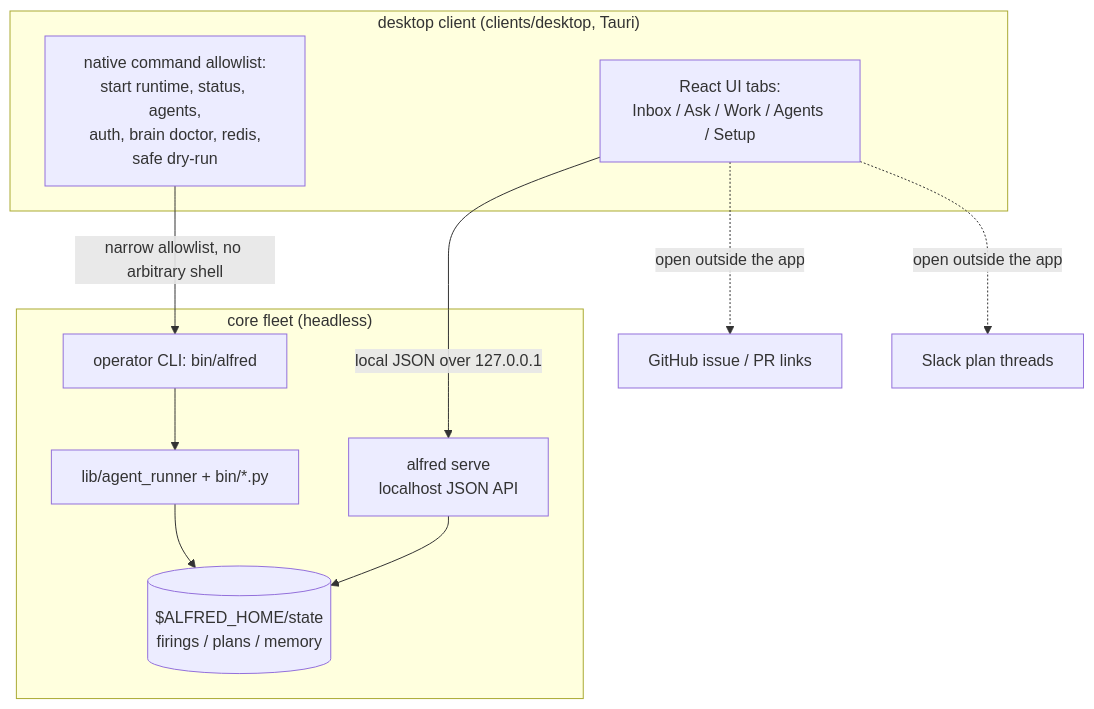
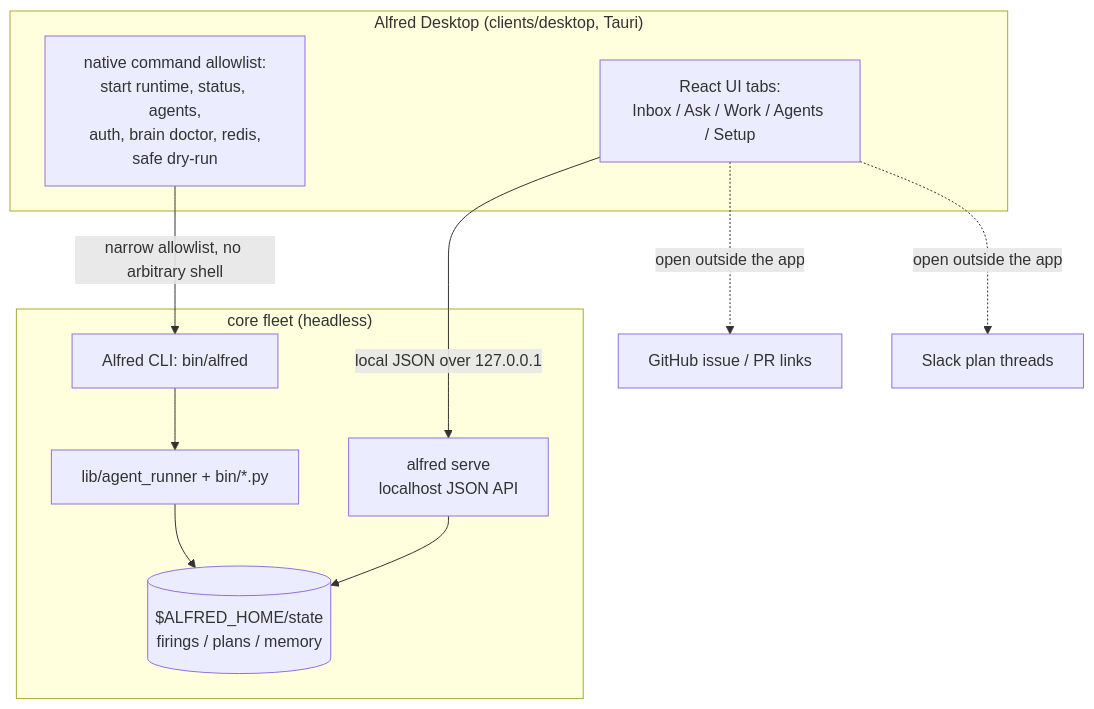
Before and after one commit to luminik-io/alfred-os: the fifth of 8 diagrams in docs/ARCHITECTURE.md, drawn with Mermaid. The commit also changed other lines of this file and 142 other files, not shown here.

````diff
--- a/docs/ARCHITECTURE.md
+++ b/docs/ARCHITECTURE.md
@@ -195,25 +195,25 @@
 ```mermaid
 flowchart TB
-    subgraph client["desktop client (clients/desktop, Tauri)"]
+    subgraph client["Alfred Desktop (clients/desktop, Tauri)"]
         ui["React UI tabs:<br/>Inbox / Ask / Work / Agents / Setup"]
         native["native command allowlist:<br/>start runtime, status, agents,<br/>auth, brain doctor, redis,<br/>safe dry-run"]
     end
 
     subgraph core["core fleet (headless)"]
         serve["alfred serve<br/>localhost JSON API"]
         state[("$ALFRED_HOME/state<br/>firings / plans / memory")]
-        cli["operator CLI: bin/alfred"]
+        cli["Alfred CLI: bin/alfred"]
         fleet["lib/agent_runner + bin/*.py"]
     end
 
     gh["GitHub issue / PR links"]
     slackthread["Slack plan threads"]
 
     ui -->|local JSON over 127.0.0.1| serve
     native -->|narrow allowlist, no arbitrary shell| cli
     serve --> state
     cli --> fleet
     fleet --> state
     ui -.->|open outside the app| gh
     ui -.->|open outside the app| slackthread
 ```
````
